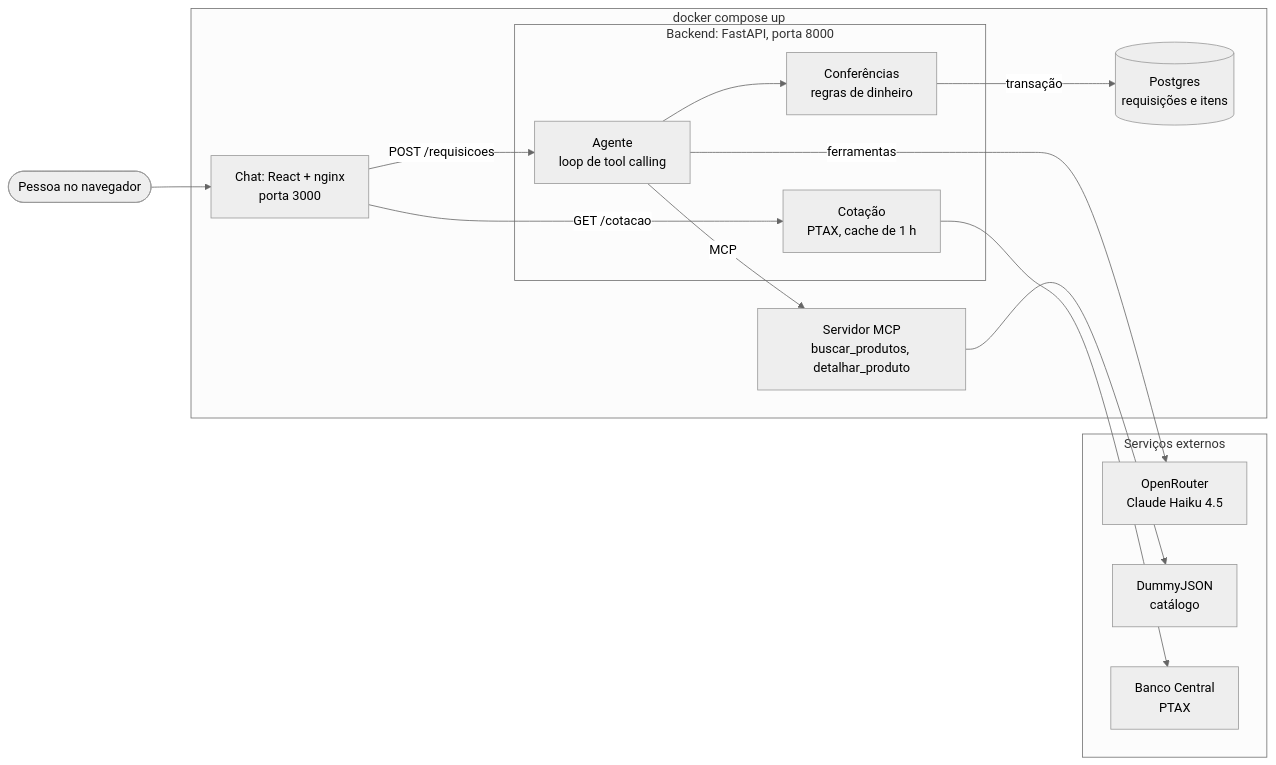
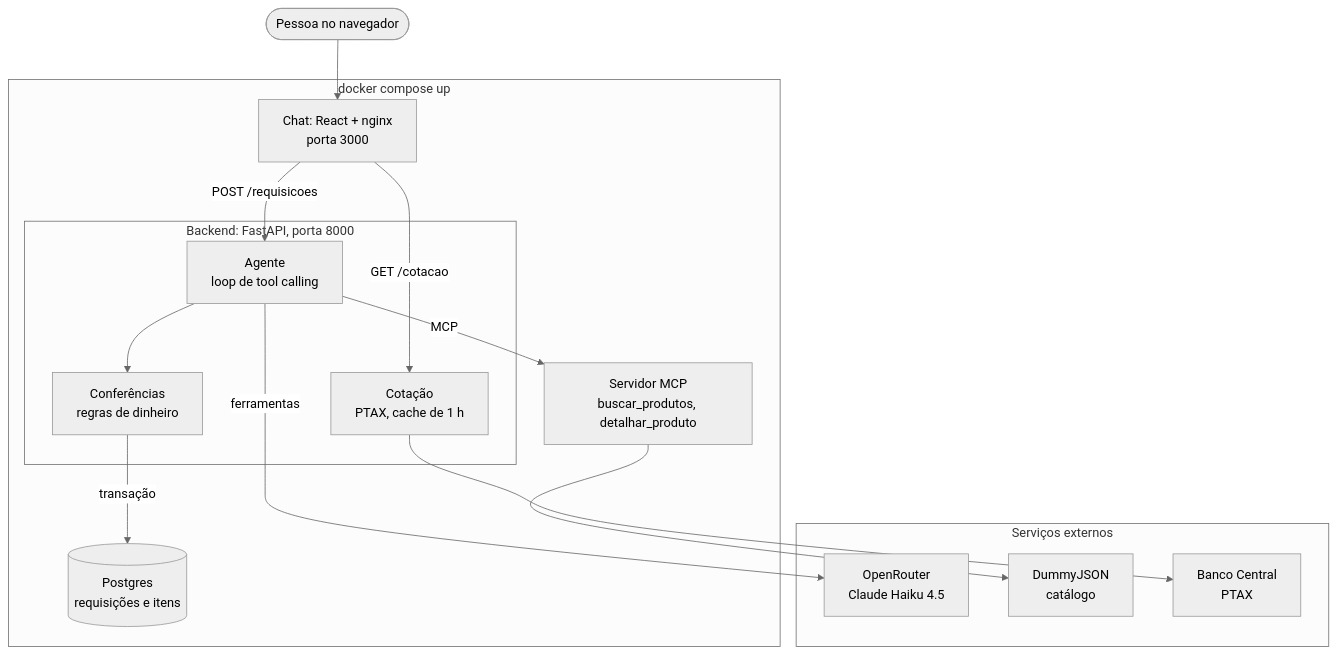
Before and after one commit to iadeveloperr-hue/buyme-agente-compras: the diagram in README.md, drawn with Mermaid (neutral theme).

Commit message:
docs: diagrama da arquitetura na vertical, mais legível no GitHub

````diff
--- a/README.md
+++ b/README.md
@@ -29,27 +29,27 @@
 ```mermaid
-flowchart LR
+flowchart TB
     subgraph compose["docker compose up"]
         chat["Chat: React + nginx<br/>porta 3000"]
         subgraph backend["Backend: FastAPI, porta 8000"]
             agente["Agente<br/>loop de tool calling"]
             conf["Conferências<br/>regras de dinheiro"]
             cot["Cotação<br/>PTAX, cache de 1 h"]
         end
         mcp["Servidor MCP<br/>buscar_produtos, detalhar_produto"]
         db[("Postgres<br/>requisições e itens")]
     end
     subgraph externos["Serviços externos"]
         llm["OpenRouter<br/>Claude Haiku 4.5"]
         dummy["DummyJSON<br/>catálogo"]
         bc["Banco Central<br/>PTAX"]
     end
     pessoa(["Pessoa no navegador"]) --> chat
     chat -->|"POST /requisicoes"| agente
     chat -->|"GET /cotacao"| cot
     agente -->|"ferramentas"| llm
     agente -->|"MCP"| mcp
     mcp --> dummy
     agente --> conf
     conf -->|"transação"| db
     cot --> bc
 ```
````
